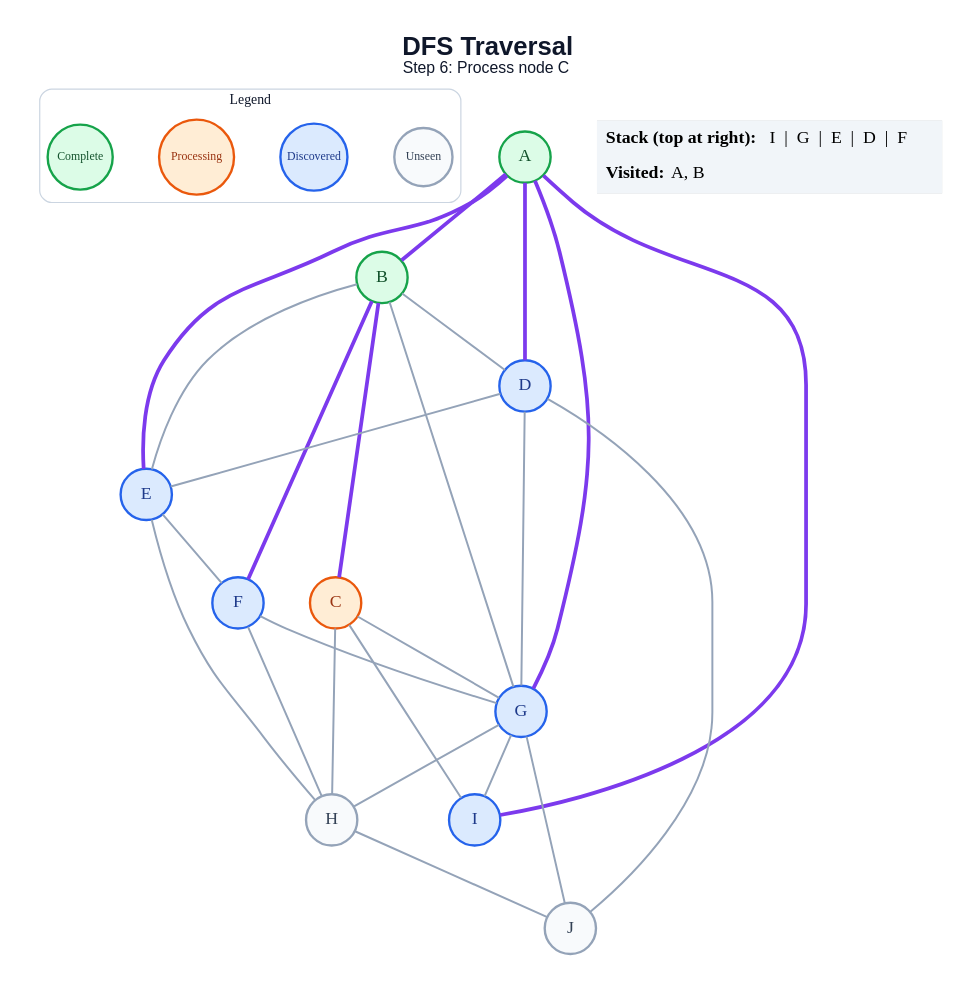
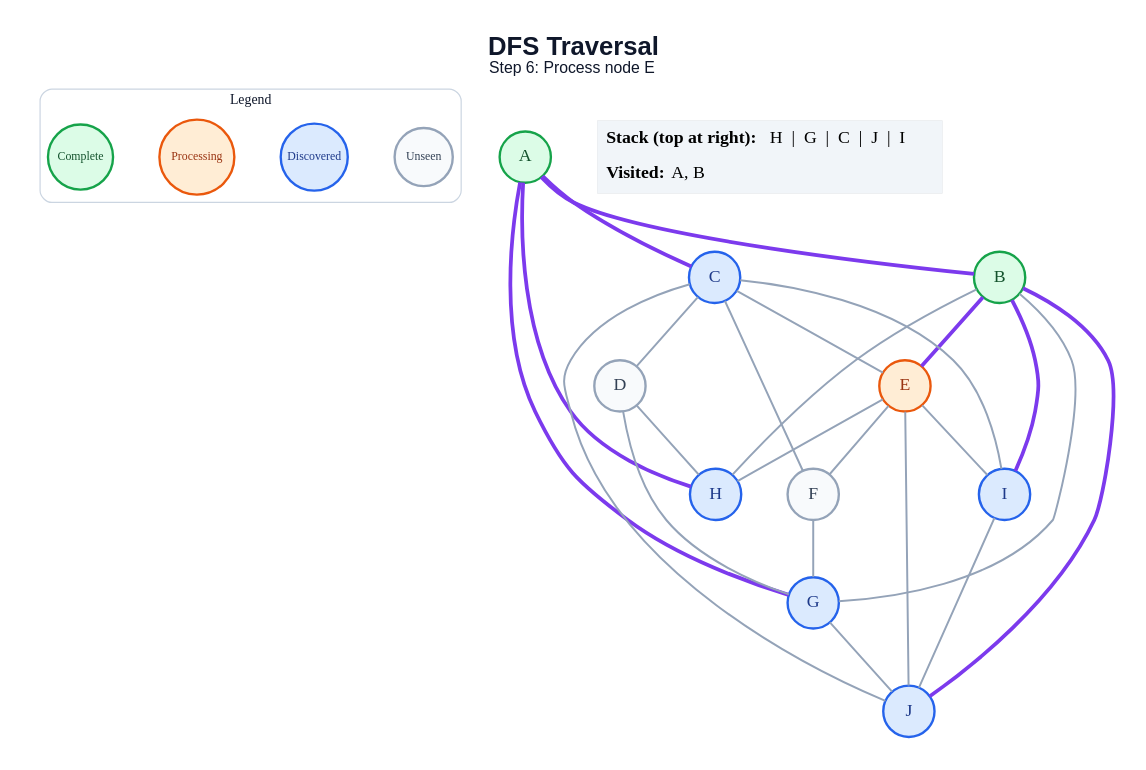
One commit to amanghodawala9/ai-slop changed the diagram in generated/dfs/step_06.dot. Above: the diagram before and after it, drawn with Graphviz. The commit also changed 178 other files, not shown here.

```diff
--- a/generated/dfs/step_06.dot
+++ b/generated/dfs/step_06.dot
@@ -1,53 +1,52 @@
 graph traversal {
   graph [layout=dot, rankdir=TB, bgcolor="#FFFFFF", pad="0.35", nodesep="0.65", ranksep="0.8", fontname="Arial"];
   node [shape=circle, style="filled", fontname="Arial Bold", fontsize=18, width=0.72, fixedsize=true, penwidth=2.4];
   edge [color="#94A3B8", penwidth=2.0];
-  label=<<B>DFS Traversal</B><BR/><FONT POINT-SIZE="16">Step 6: Process node C</FONT>>; labelloc="t"; fontsize=26; fontname="Arial"; fontcolor="#0F172A";
+  label=<<B>DFS Traversal</B><BR/><FONT POINT-SIZE="16">Step 6: Process node E</FONT>>; labelloc="t"; fontsize=26; fontname="Arial"; fontcolor="#0F172A";
   subgraph cluster_legend { label="Legend"; color="#CBD5E1"; penwidth=1.2; style="rounded"; fontsize=14; fontname="Arial Bold";
     key_unseen [label="Unseen", fillcolor="#F8FAFC", color="#94A3B8", fontcolor="#334155", fontsize=12, width=0.82];
     key_frontier [label="Discovered", fillcolor="#DBEAFE", color="#2563EB", fontcolor="#1E3A8A", fontsize=12, width=0.95];
     key_current [label="Processing", fillcolor="#FFEDD5", color="#EA580C", fontcolor="#9A3412", fontsize=12, width=1.05];
     key_done [label="Complete", fillcolor="#DCFCE7", color="#16A34A", fontcolor="#14532D", fontsize=12, width=0.92];
     { rank=same; key_unseen; key_frontier; key_current; key_done; }
   }
   A [fillcolor="#DCFCE7", color="#16A34A", fontcolor="#14532D"];
   B [fillcolor="#DCFCE7", color="#16A34A", fontcolor="#14532D"];
-  C [fillcolor="#FFEDD5", color="#EA580C", fontcolor="#9A3412"];
-  D [fillcolor="#DBEAFE", color="#2563EB", fontcolor="#1E3A8A"];
-  E [fillcolor="#DBEAFE", color="#2563EB", fontcolor="#1E3A8A"];
-  F [fillcolor="#DBEAFE", color="#2563EB", fontcolor="#1E3A8A"];
+  C [fillcolor="#DBEAFE", color="#2563EB", fontcolor="#1E3A8A"];
+  D [fillcolor="#F8FAFC", color="#94A3B8", fontcolor="#334155"];
+  E [fillcolor="#FFEDD5", color="#EA580C", fontcolor="#9A3412"];
+  F [fillcolor="#F8FAFC", color="#94A3B8", fontcolor="#334155"];
   G [fillcolor="#DBEAFE", color="#2563EB", fontcolor="#1E3A8A"];
-  H [fillcolor="#F8FAFC", color="#94A3B8", fontcolor="#334155"];
+  H [fillcolor="#DBEAFE", color="#2563EB", fontcolor="#1E3A8A"];
   I [fillcolor="#DBEAFE", color="#2563EB", fontcolor="#1E3A8A"];
-  J [fillcolor="#F8FAFC", color="#94A3B8", fontcolor="#334155"];
+  J [fillcolor="#DBEAFE", color="#2563EB", fontcolor="#1E3A8A"];
   A -- B [color="#7C3AED", penwidth=3.8];
-  A -- D [color="#7C3AED", penwidth=3.8];
-  A -- E [color="#7C3AED", penwidth=3.8];
+  A -- C [color="#7C3AED", penwidth=3.8];
   A -- G [color="#7C3AED", penwidth=3.8];
-  A -- I [color="#7C3AED", penwidth=3.8];
-  B -- C [color="#7C3AED", penwidth=3.8];
-  B -- D;
-  B -- E;
-  B -- F [color="#7C3AED", penwidth=3.8];
+  A -- H [color="#7C3AED", penwidth=3.8];
+  B -- E [color="#7C3AED", penwidth=3.8];
   B -- G;
-  C -- G;
-  C -- H;
+  B -- H;
+  B -- I [color="#7C3AED", penwidth=3.8];
+  B -- J [color="#7C3AED", penwidth=3.8];
+  C -- D;
+  C -- E;
+  C -- F;
   C -- I;
-  D -- E;
+  C -- J;
   D -- G;
-  D -- J;
+  D -- H;
   E -- F;
   E -- H;
+  E -- I;
+  E -- J;
   F -- G;
-  F -- H;
-  G -- H;
-  G -- I;
   G -- J;
-  H -- J;
+  I -- J;
   status [shape=plain, fixedsize=false, width=0, height=0, margin=0, label=<
     <TABLE BORDER="0" CELLBORDER="0" CELLPADDING="7" BGCOLOR="#F1F5F9">
-      <TR><TD ALIGN="LEFT"><B>Stack (top at right):</B> I  |  G  |  E  |  D  |  F</TD></TR>
+      <TR><TD ALIGN="LEFT"><B>Stack (top at right):</B> H  |  G  |  C  |  J  |  I</TD></TR>
       <TR><TD ALIGN="LEFT"><B>Visited:</B> A, B</TD></TR>
     </TABLE>
   >];
 }
```
